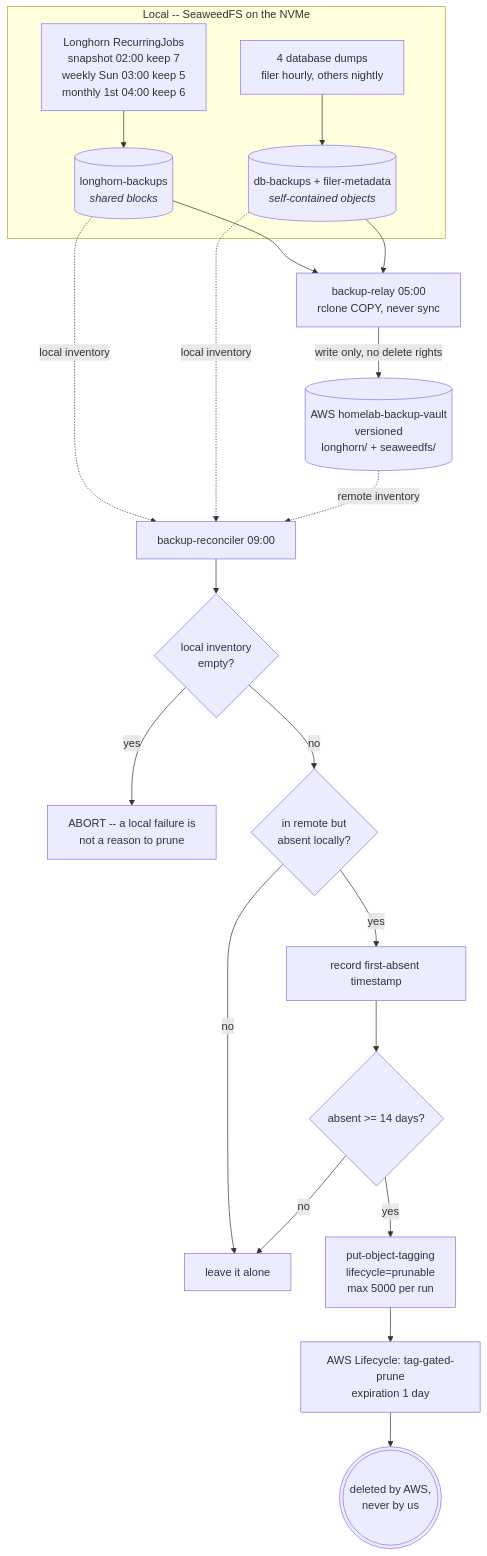
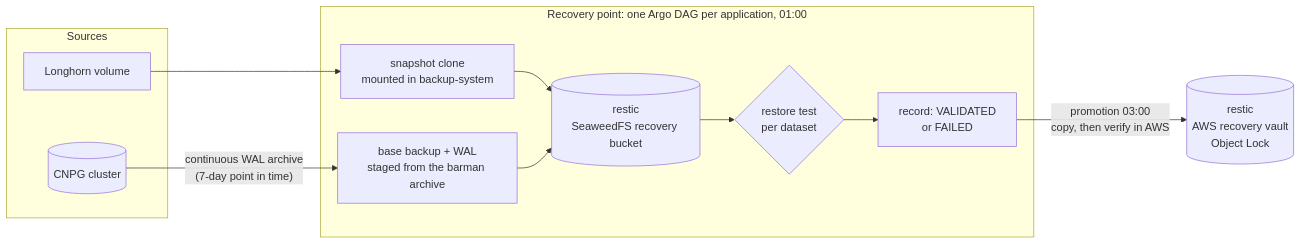
Before and after one commit to bibAtWork/Edge_GitOps: the diagram in docs/backup-architecture.md, drawn with Mermaid. The commit also changed other lines of this file and 10 other files, not shown here.

````diff
--- a/docs/backup-architecture.md
+++ b/docs/backup-architecture.md
@@ -229,26 +33,22 @@
 ```mermaid
-flowchart TD
-    subgraph LOCAL["Local -- SeaweedFS on the NVMe"]
-      LHJ["Longhorn RecurringJobs<br/>snapshot 02:00 keep 7<br/>weekly Sun 03:00 keep 5<br/>monthly 1st 04:00 keep 6"] --> LHB[("longhorn-backups<br/><i>shared blocks</i>")]
-      DMP["4 database dumps<br/>filer hourly, others nightly"] --> DBB[("db-backups + filer-metadata<br/><i>self-contained objects</i>")]
+flowchart LR
+    subgraph src["Sources"]
+        VOL["Longhorn volume"]
+        PG[("CNPG cluster")]
     end
 
-    LHB --> RLY["backup-relay 05:00<br/>rclone COPY, never sync"]
-    DBB --> RLY
-    RLY -->|write only, no delete rights| VLT[("AWS homelab-backup-vault<br/>versioned<br/>longhorn/ + seaweedfs/")]
+    subgraph point["Recovery point: one Argo DAG per application, 01:00"]
+        CL["snapshot clone<br/>mounted in backup-system"]
+        BB["base backup + WAL<br/>staged from the barman archive"]
+        R[("restic<br/>SeaweedFS recovery bucket")]
+        T{"restore test<br/>per dataset"}
+        V["record: VALIDATED<br/>or FAILED"]
+    end
 
-    LHB -.->|local inventory| RC["backup-reconciler 09:00"]
-    DBB -.->|local inventory| RC
-    VLT -.->|remote inventory| RC
+    AWS[("restic<br/>AWS recovery vault<br/>Object Lock")]
 
-    RC --> EMPTY{"local inventory<br/>empty?"}
-    EMPTY -- yes --> ABORT["ABORT -- a local failure is<br/>not a reason to prune"]
-    EMPTY -- no --> DIFF{"in remote but<br/>absent locally?"}
-    DIFF -- no --> KEEP["leave it alone"]
-    DIFF -- yes --> GR["record first-absent timestamp"]
-    GR --> AGE{"absent >= 14 days?"}
-    AGE -- no --> KEEP
-    AGE -- yes --> TAG["put-object-tagging<br/>lifecycle=prunable<br/>max 5000 per run"]
-    TAG --> LC["AWS Lifecycle: tag-gated-prune<br/>expiration 1 day"]
-    LC --> DEL((("deleted by AWS,<br/>never by us")))
+    VOL --> CL --> R
+    PG -- "continuous WAL archive<br/>(7-day point in time)" --> BB --> R
+    R --> T --> V
+    V -- "promotion 03:00<br/>copy, then verify in AWS" --> AWS
 ```
````
